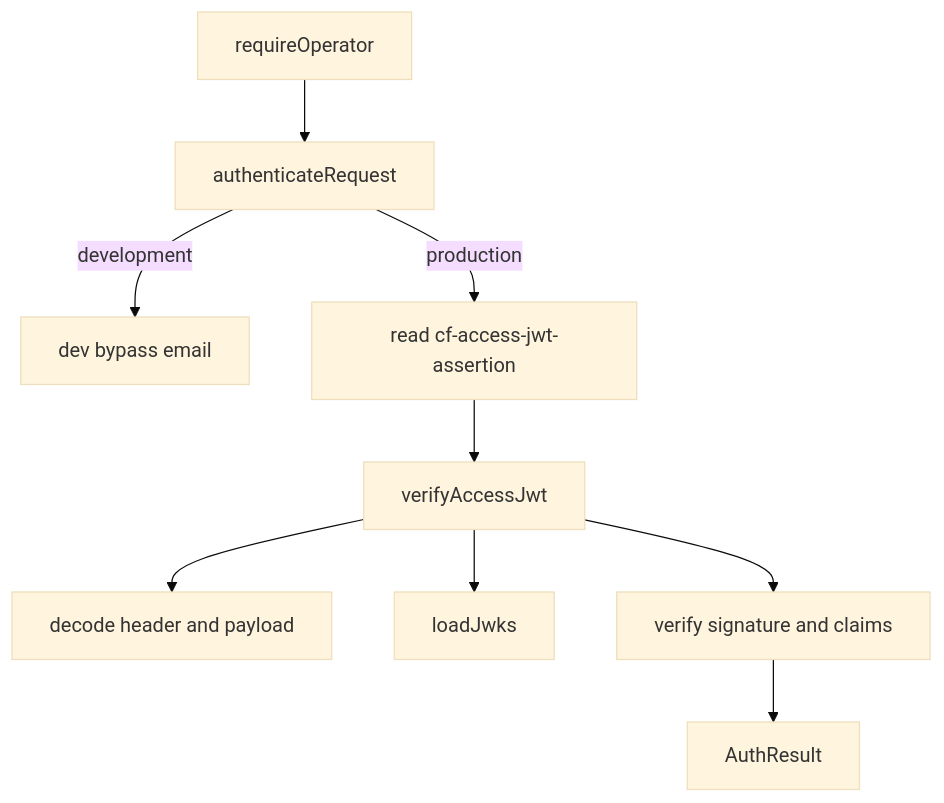
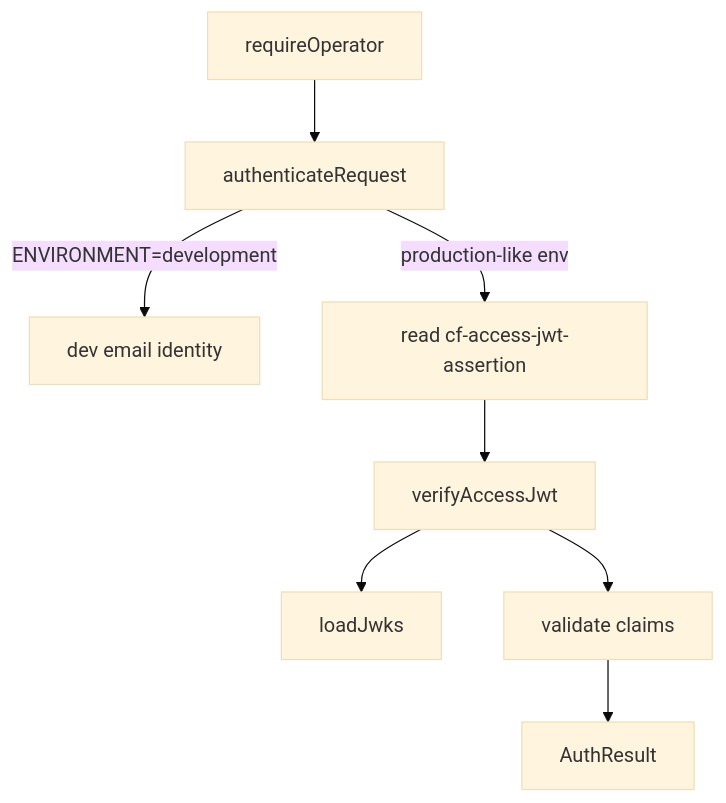
Before and after one commit to DailenG/CheckDeployManager: the diagram in docs/wiki/authentication-authorization.md, drawn with Mermaid (base theme). The commit also changed other lines of this file and 14 other files, not shown here.

````diff
--- a/docs/wiki/authentication-authorization.md
+++ b/docs/wiki/authentication-authorization.md
@@ -11,11 +13,10 @@
 ```mermaid
 flowchart TD
   A[requireOperator] --> B[authenticateRequest]
-  B -->|development| C[dev bypass email]
-  B -->|production| D[read cf-access-jwt-assertion]
+  B -->|ENVIRONMENT=development| C[dev email identity]
+  B -->|production-like env| D[read cf-access-jwt-assertion]
   D --> E[verifyAccessJwt]
-  E --> F[decode header and payload]
-  E --> G[loadJwks]
-  E --> H[verify signature and claims]
-  H --> I[AuthResult]
+  E --> F[loadJwks]
+  E --> G[validate claims]
+  G --> H[AuthResult]
 ```
````
